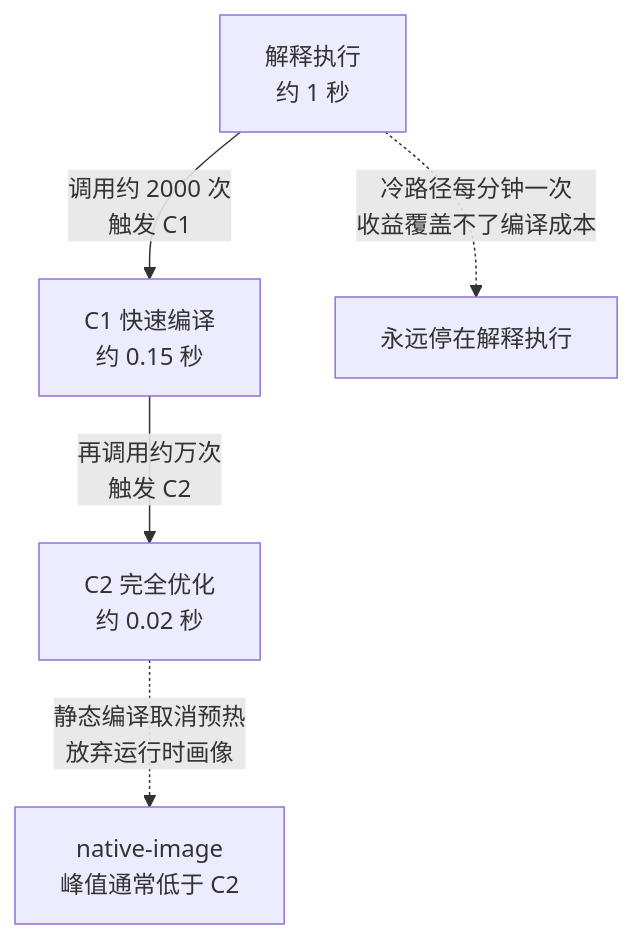
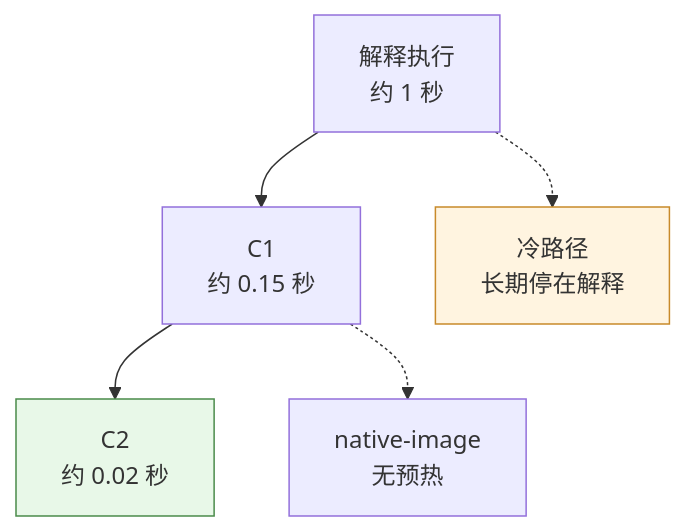
One commit to hub138/technical-knowledge changed the second of 2 diagrams in vault/工程知识/软件构建：让变化可以理解、验证与交付/架构与代码/编译器与JIT把源码变成可执行行为.md. Above: the diagram before and after it, drawn with Mermaid. The commit also changed other lines of this file and 622 other files, not shown here.

````diff
--- a/vault/工程知识/软件构建：让变化可以理解、验证与交付/架构与代码/编译器与JIT把源码变成可执行行为.md
+++ b/vault/工程知识/软件构建：让变化可以理解、验证与交付/架构与代码/编译器与JIT把源码变成可执行行为.md
@@ -64,7 +117,10 @@
 ```mermaid
 flowchart TB
-    a["解释执行<br/>约 1 秒"] -->|"调用约 2000 次<br/>触发 C1"| b["C1 快速编译<br/>约 0.15 秒"]
-    b -->|"再调用约万次<br/>触发 C2"| c["C2 完全优化<br/>约 0.02 秒"]
-    a -.->|"冷路径每分钟一次<br/>收益覆盖不了编译成本"| a2["永远停在解释执行"]
-    c -.->|"静态编译取消预热<br/>放弃运行时画像"| d["native-image<br/>峰值通常低于 C2"]
+    a["解释执行<br/>约 1 秒"] --> b["C1<br/>约 0.15 秒"]
+    b --> c["C2<br/>约 0.02 秒"]
+    a -.-> a2["冷路径<br/>长期停在解释"]
+    b -.-> d["native-image<br/>无预热"]
+
+style c fill:#e8f8e8,stroke:#4a8b4a
+  style a2 fill:#fff4e0,stroke:#c88a2a
 ```
````
